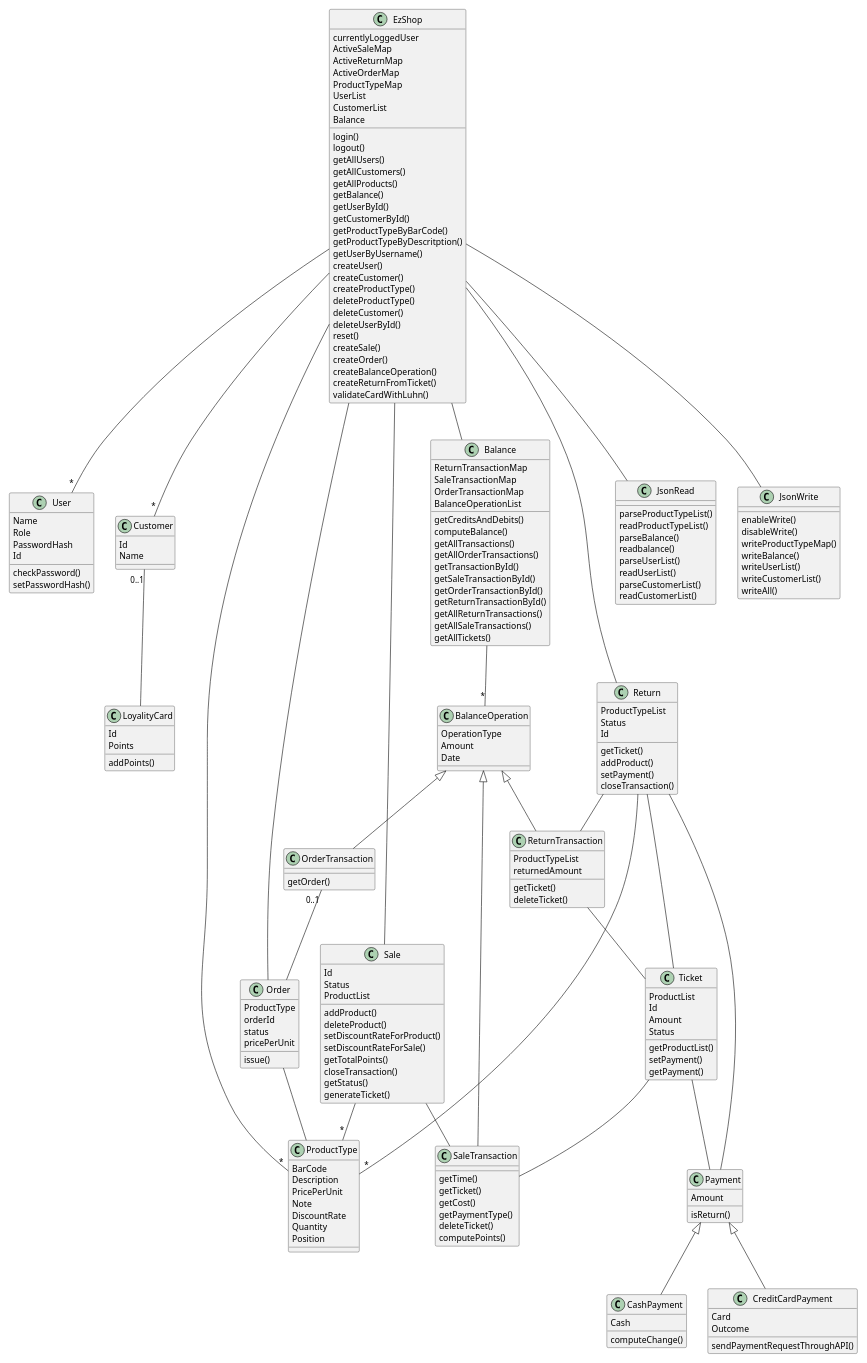
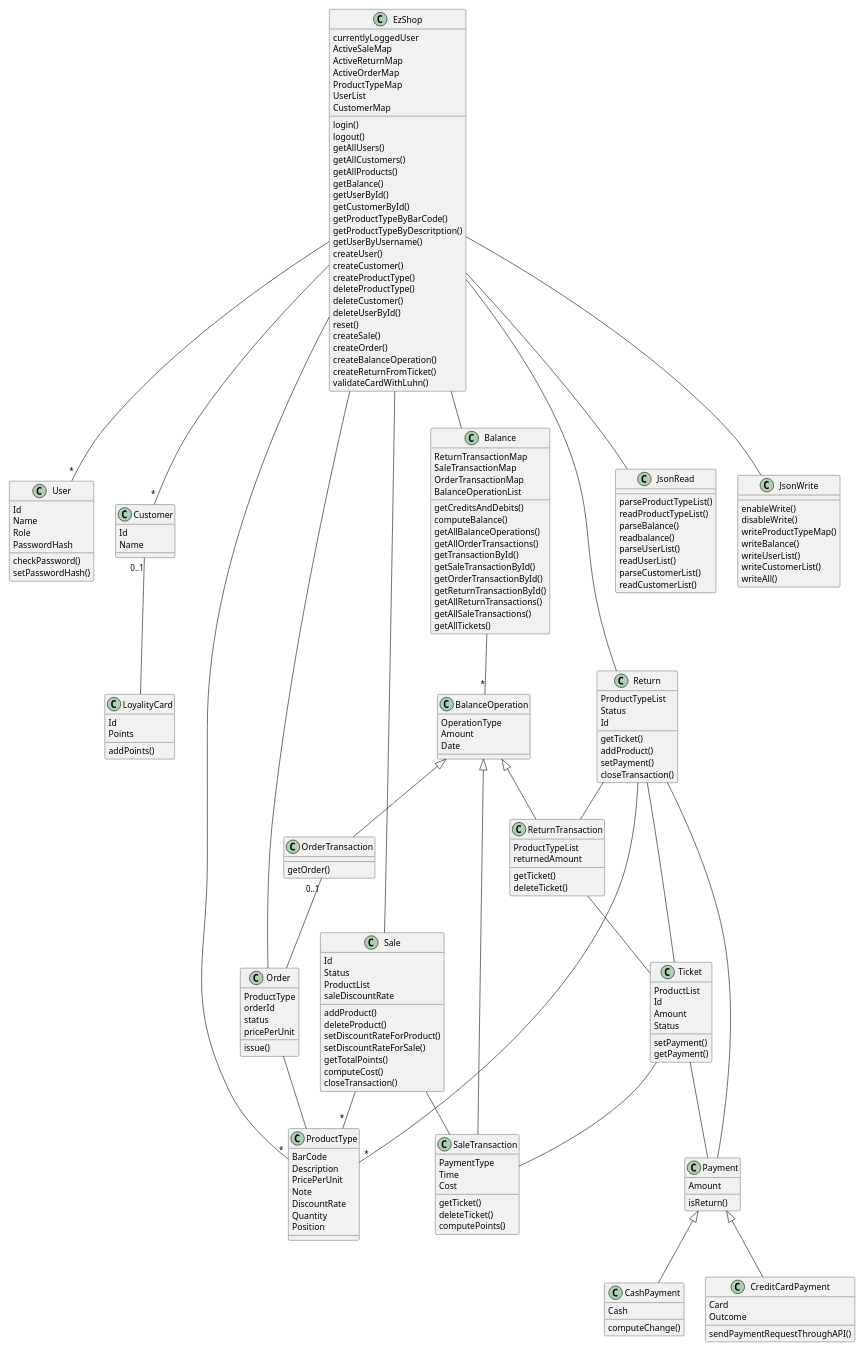
One commit to paolotron/EzshoProject31 changed the second of 15 diagrams in Deliverables/DesignDocument.md. Above: the diagram before and after it, drawn with PlantUML.

````diff
--- a/Deliverables/DesignDocument.md
+++ b/Deliverables/DesignDocument.md
@@ -79,14 +79,13 @@
     ActiveOrderMap
     ProductTypeMap
     UserList
-    CustomerList
-    Balance
+    CustomerMap
 }
 class User{
+    Id
     Name
     Role
     PasswordHash
-    Id
     checkPassword()
     setPasswordHash()
 }
@@ -116,10 +115,10 @@
     issue()
 }
 class SaleTransaction{
-    getTime()
+    PaymentType
+    Time
+    Cost
     getTicket()
-    getCost()
-    getPaymentType()
     deleteTicket()
     computePoints()
 }
@@ -127,21 +126,20 @@
     Id
     Status
     ProductList
+    saleDiscountRate
     addProduct()
     deleteProduct()
     setDiscountRateForProduct()
     setDiscountRateForSale()
     getTotalPoints()
+    computeCost()
     closeTransaction()
-    getStatus()
-    generateTicket()
 }
 class Ticket{
     ProductList
     Id
     Amount
     Status
-    getProductList()
     setPayment()
     getPayment()
 }
@@ -181,7 +179,7 @@
     BalanceOperationList
     getCreditsAndDebits()
     computeBalance()
-    getAllTransactions()
+    getAllBalanceOperations()
     getAllOrderTransactions()
     getTransactionById()
     getSaleTransactionById()
@@ -247,5 +245,4 @@
 Return -- "*" ProductType
 
 @enduml
-
 ```
````
